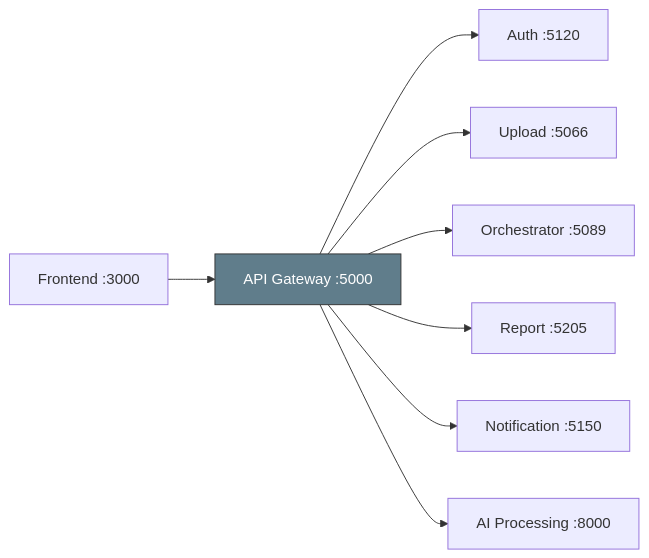
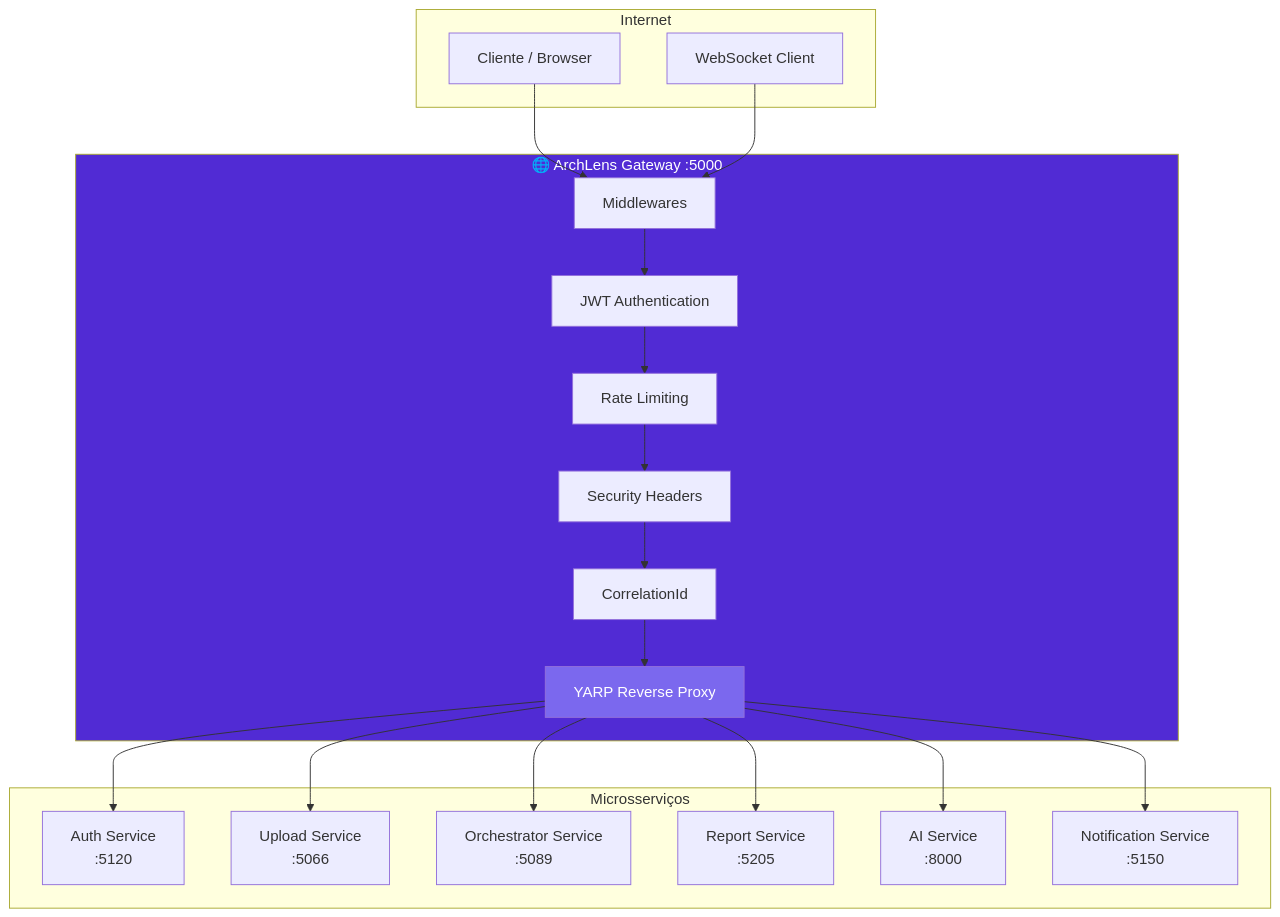
The first of 3 diagrams in README.md (ArchLens-Fiap/archlens-gateway), drawn with Mermaid before and after one commit. The commit also changed other lines of this file, not shown here.

````diff
--- a/README.md
+++ b/README.md
@@ -7,11 +23,43 @@
 ```mermaid
-graph LR
-    CLIENT[Frontend :3000] --> GW[API Gateway :5000]
-    GW --> AUTH[Auth :5120]
-    GW --> UP[Upload :5066]
-    GW --> ORCH[Orchestrator :5089]
-    GW --> RPT[Report :5205]
-    GW --> NOTIF[Notification :5150]
-    GW --> AI[AI Processing :8000]
-    style GW fill:#607D8B,stroke:#333,color:#fff
+flowchart TB
+    subgraph Internet
+        Client[Cliente / Browser]
+        WS[WebSocket Client]
+    end
+
+    subgraph Gateway["🌐 ArchLens Gateway :5000"]
+        MW[Middlewares]
+        AUTH[JWT Authentication]
+        RL[Rate Limiting]
+        SEC[Security Headers]
+        CID[CorrelationId]
+        PROXY[YARP Reverse Proxy]
+    end
+
+    subgraph Services["Microsserviços"]
+        AS[Auth Service<br/>:5120]
+        US[Upload Service<br/>:5066]
+        OS[Orchestrator Service<br/>:5089]
+        RS[Report Service<br/>:5205]
+        AI[AI Service<br/>:8000]
+        NS[Notification Service<br/>:5150]
+    end
+
+    Client --> MW
+    WS --> MW
+    MW --> AUTH
+    AUTH --> RL
+    RL --> SEC
+    SEC --> CID
+    CID --> PROXY
+
+    PROXY --> AS
+    PROXY --> US
+    PROXY --> OS
+    PROXY --> RS
+    PROXY --> AI
+    PROXY --> NS
+
+    style Gateway fill:#512BD4,color:#fff
+    style PROXY fill:#7B68EE,color:#fff
 ```
````
